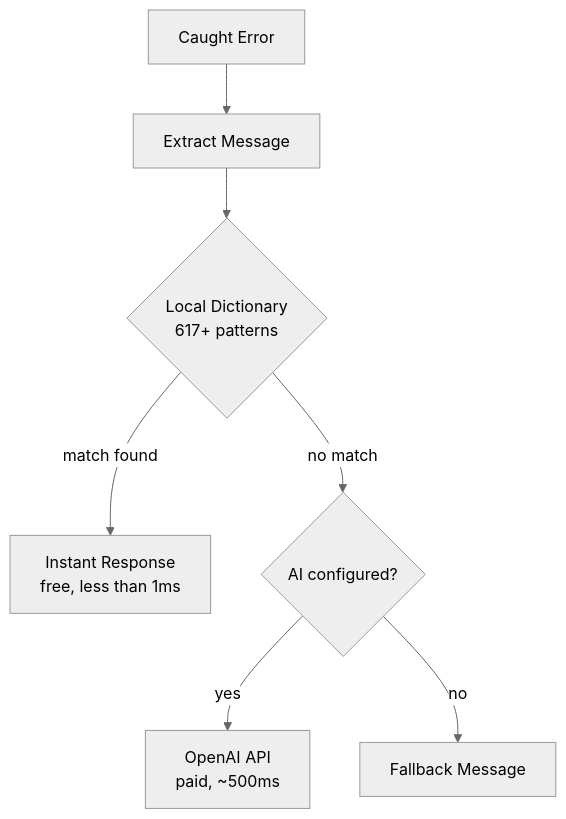
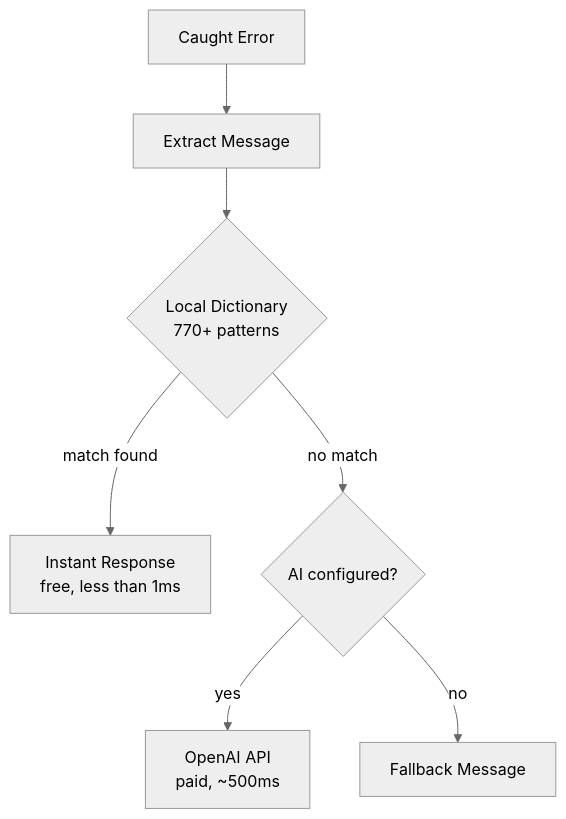
The diagram in README.md (halilatilla/web3-error-humanizer), drawn with Mermaid (neutral theme) before and after one commit. The commit also changed other lines of this file and 3 other files, not shown here.

````diff
--- a/README.md
+++ b/README.md
@@ -293,9 +293,9 @@
 ```mermaid
 flowchart TD
     A["Caught Error"] --> B["Extract Message"]
-    B --> C{"Local Dictionary\n617+ patterns"}
+    B --> C{"Local Dictionary\n770+ patterns"}
     C -->|match found| D["Instant Response\nfree, less than 1ms"]
     C -->|no match| E{"AI configured?"}
     E -->|yes| F["OpenAI API\npaid, ~500ms"]
     E -->|no| G["Fallback Message"]
 ```
````
